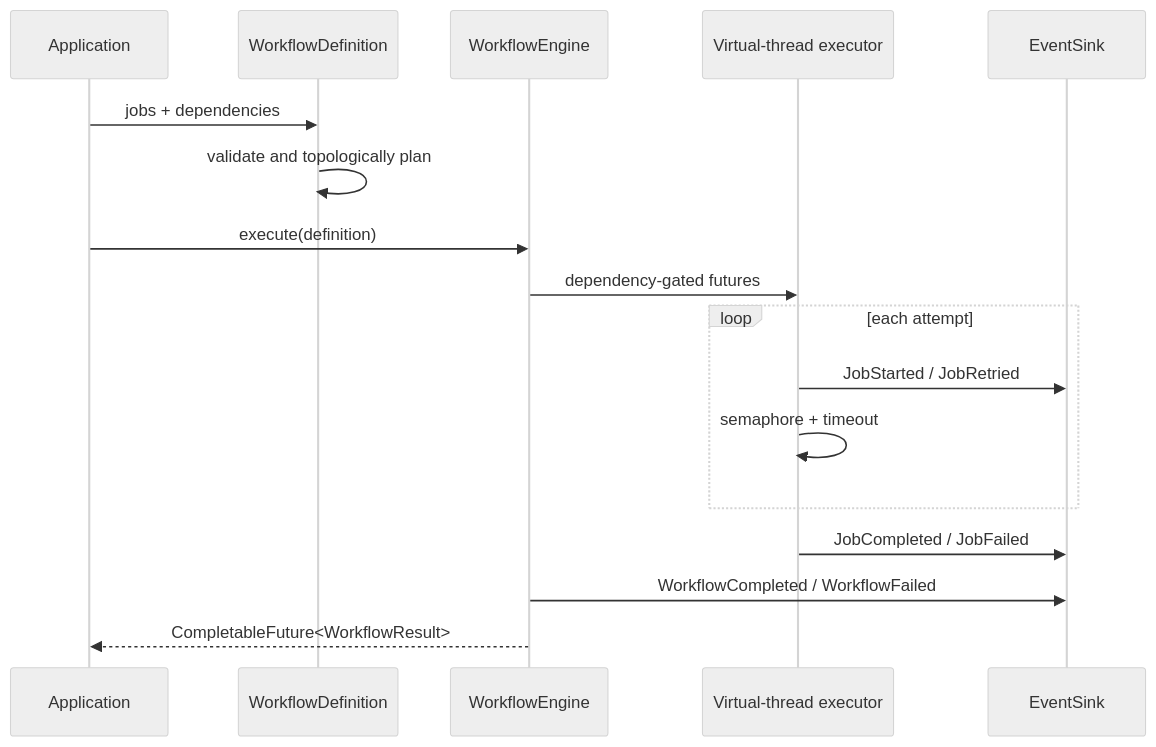
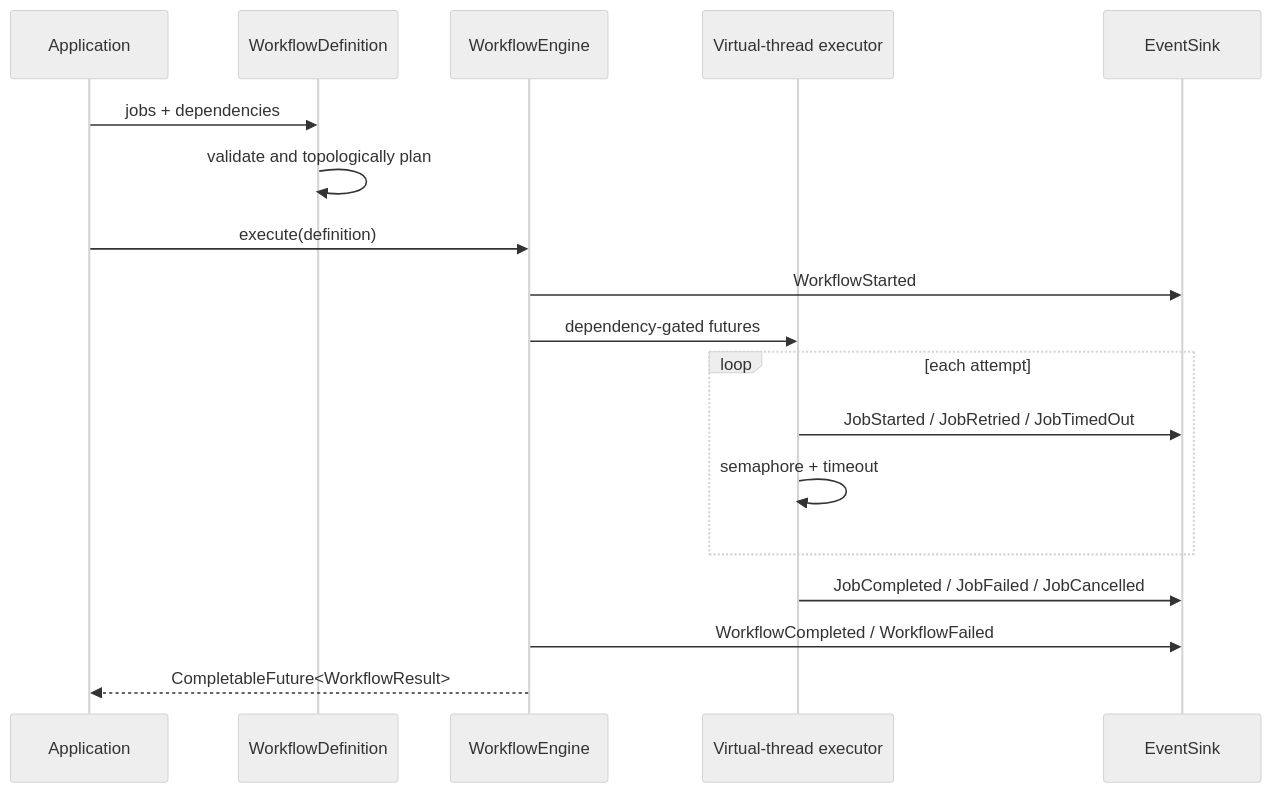
The diagram in docs/architecture.md (NAOKI-Ko/task-orchestrator-java), drawn with Mermaid (neutral theme) before and after one commit. The commit also changed other lines of this file and 15 other files, not shown here.

````diff
--- a/docs/architecture.md
+++ b/docs/architecture.md
@@ -9,19 +9,20 @@
 ```mermaid
 sequenceDiagram
   participant A as Application
   participant D as WorkflowDefinition
   participant E as WorkflowEngine
   participant V as Virtual-thread executor
   participant S as EventSink
   A->>D: jobs + dependencies
   D->>D: validate and topologically plan
   A->>E: execute(definition)
+  E->>S: WorkflowStarted
   E->>V: dependency-gated futures
   loop each attempt
-    V->>S: JobStarted / JobRetried
+    V->>S: JobStarted / JobRetried / JobTimedOut
     V->>V: semaphore + timeout
   end
-  V->>S: JobCompleted / JobFailed
+  V->>S: JobCompleted / JobFailed / JobCancelled
   E->>S: WorkflowCompleted / WorkflowFailed
   E-->>A: CompletableFuture<WorkflowResult>
 ```
````
